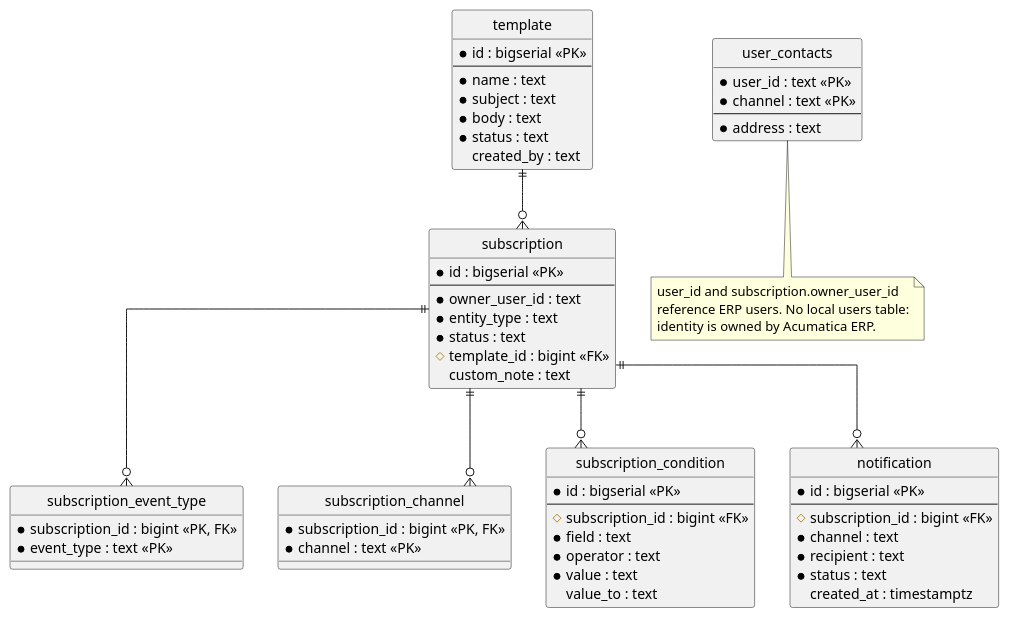
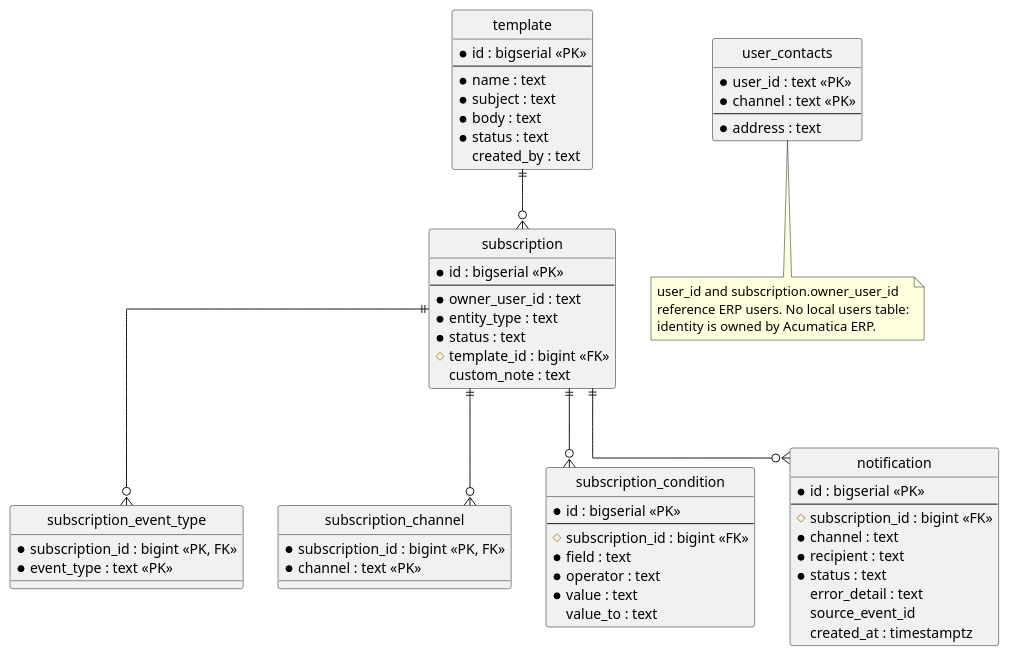
The diagram in docs/data-model/conceptual-er-model.puml (NikpeFreiheit/user-notification-subscription-acumatica), drawn with PlantUML before and after one commit. The commit also changed 2 other files, not shown here.

Commit message:
Update: conceptual-er-model, FR-023

```diff
--- a/docs/data-model/conceptual-er-model.puml
+++ b/docs/data-model/conceptual-er-model.puml
@@ -1,74 +1,76 @@
 @startuml
 hide circle
 skinparam linetype ortho
 
 entity template {
   * id : bigserial <<PK>>
   --
   * name : text
   * subject : text
   * body : text
   * status : text
   created_by : text
 }
 
 entity subscription {
   * id : bigserial <<PK>>
   --
   * owner_user_id : text
   * entity_type : text
   * status : text
   # template_id : bigint <<FK>>
   custom_note : text
 }
 
 entity subscription_event_type {
   * subscription_id : bigint <<PK, FK>>
   * event_type : text <<PK>>
 }
 
 entity subscription_channel {
   * subscription_id : bigint <<PK, FK>>
   * channel : text <<PK>>
 }
 
 entity subscription_condition {
   * id : bigserial <<PK>>
   --
   # subscription_id : bigint <<FK>>
   * field : text
   * operator : text
   * value : text
   value_to : text
 }
 
 entity user_contacts {
   * user_id : text <<PK>>
   * channel : text <<PK>>
   --
   * address : text
 }
 
 entity notification {
   * id : bigserial <<PK>>
   --
   # subscription_id : bigint <<FK>>
   * channel : text
   * recipient : text
   * status : text
+  error_detail : text
+  source_event_id
   created_at : timestamptz
 }
 
 template      ||--o{ subscription
 subscription  ||--o{ subscription_event_type
 subscription  ||--o{ subscription_channel
 subscription  ||--o{ subscription_condition
 subscription  ||--o{ notification
 
 note bottom of user_contacts
   user_id and subscription.owner_user_id
   reference ERP users. No local users table:
   identity is owned by Acumatica ERP.
 end note
 
 @enduml
```
